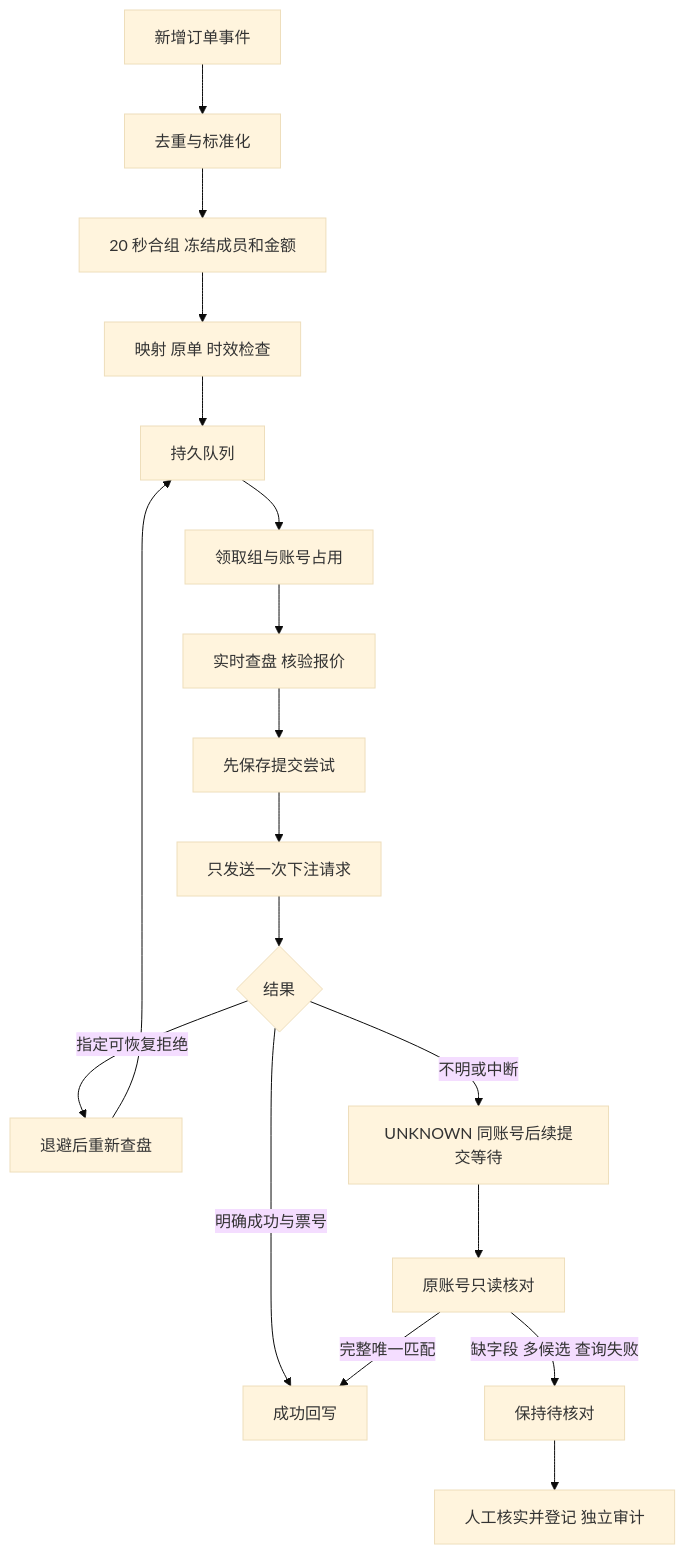
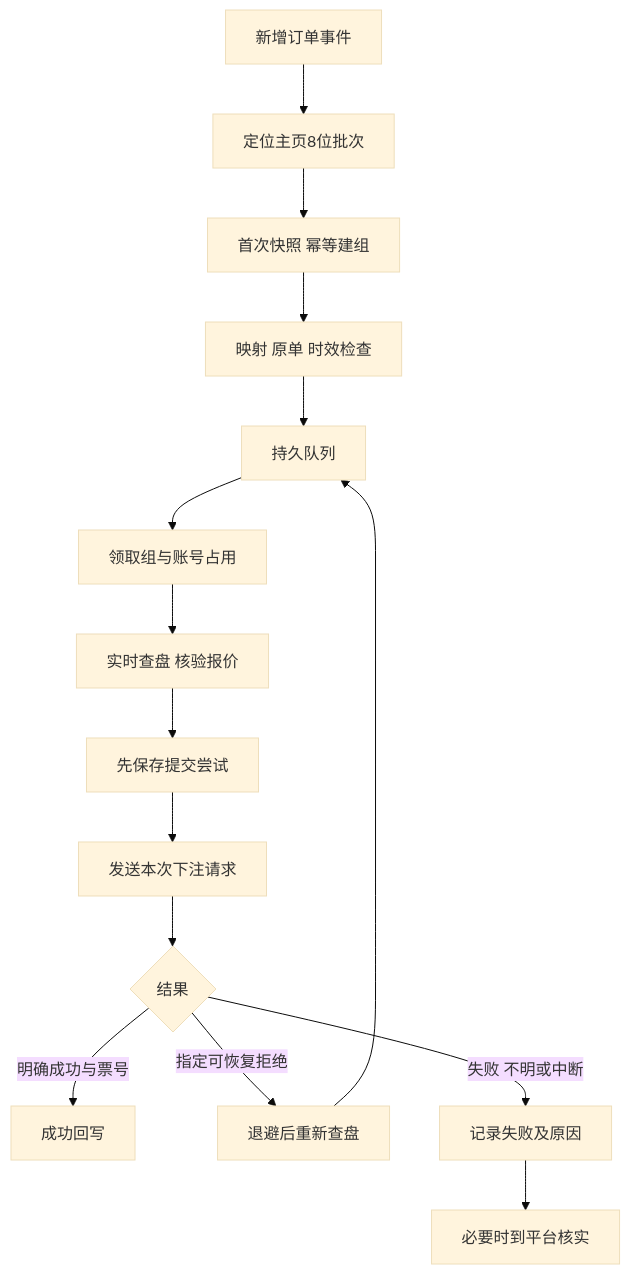
Before and after one commit to zsc5200x/HD-ps38P: the diagram in docs/FOLLOW_EXECUTION.md, drawn with Mermaid (base theme). The commit also changed other lines of this file and 58 other files, not shown here.

````diff
--- a/docs/FOLLOW_EXECUTION.md
+++ b/docs/FOLLOW_EXECUTION.md
@@ -18,20 +18,17 @@
 ```mermaid
 flowchart TD
-    A[新增订单事件] --> B[去重与标准化]
-    B --> C[20 秒合组 冻结成员和金额]
+    A[新增订单事件] --> B[定位主页8位批次]
+    B --> C[首次快照 幂等建组]
     C --> D[映射 原单 时效检查]
     D --> E[持久队列]
     E --> F[领取组与账号占用]
     F --> G[实时查盘 核验报价]
     G --> H[先保存提交尝试]
-    H --> I[只发送一次下注请求]
+    H --> I[发送本次下注请求]
     I --> J{结果}
     J -->|明确成功与票号| K[成功回写]
     J -->|指定可恢复拒绝| L[退避后重新查盘]
     L --> E
-    J -->|不明或中断| M[UNKNOWN 同账号后续提交等待]
-    M --> N[原账号只读核对]
-    N -->|完整唯一匹配| K
-    N -->|缺字段 多候选 查询失败| O[保持待核对]
-    O --> P[人工核实并登记 独立审计]
+    J -->|失败 不明或中断| M[记录失败及原因]
+    M --> N[必要时到平台核实]
 ```
````
